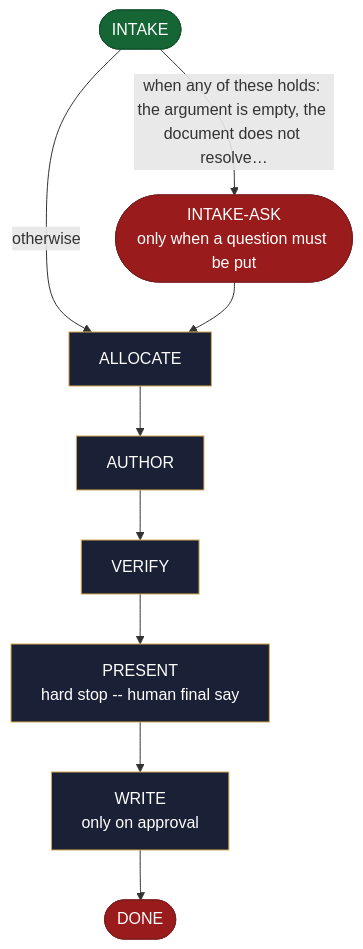
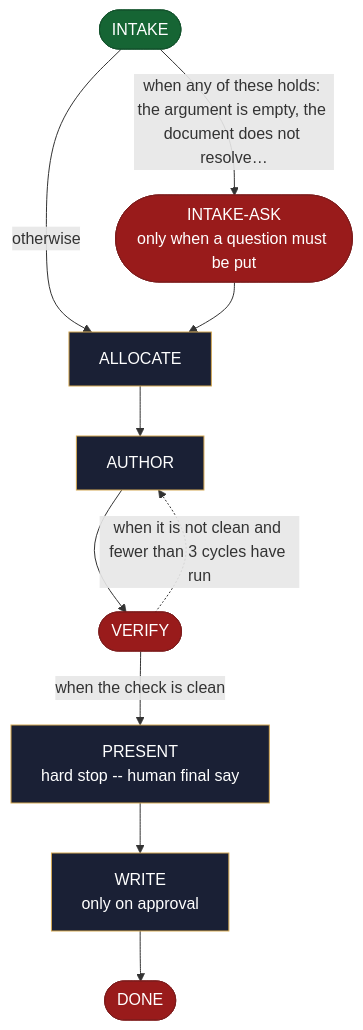
The diagram in site/src/content/docs/skills/aid-update-document.md (AndreVianna/aid-methodology), drawn with Mermaid before and after one commit. The commit also changed other lines of this file and 258 other files, not shown here.

````diff
--- a/site/src/content/docs/skills/aid-update-document.md
+++ b/site/src/content/docs/skills/aid-update-document.md
@@ -20,41 +20,42 @@
 ```mermaid
 flowchart TB
   classDef aidNode color:#fff
   classDef aidEntry fill:#166534,stroke:#14532d,color:#fff
   classDef aidExit fill:#991b1b,stroke:#7f1d1d,color:#fff
   classDef aidDecision fill:#92400e,stroke:#78350f,color:#fff
   classDef aidLoopBack fill:#1e3a8a,stroke:#1e3a8a,color:#fff
   classDef aidStep fill:#1a2035,stroke:#d4a853,color:#f1f5f9
   n1(["INTAKE"])
   n2(["INTAKE-ASK<br/>only when a question must be put"])
   n3["ALLOCATE"]
   n4["AUTHOR"]
-  n5["VERIFY"]
+  n5(["VERIFY"])
   n6["PRESENT<br/>hard stop -- human final say"]
   n7["WRITE<br/>only on approval"]
   n8(["DONE"])
   n1 -->|"when any of these holds: the argument is empty, the document does not resolve…"| n2
   n1 -->|"otherwise"| n3
   n2 --> n3
   n3 --> n4
   n4 --> n5
-  n5 --> n6
+  n5 -. "when it is not clean and fewer than 3 cycles have run" .-> n4
+  n5 -->|"when the check is clean"| n6
   n6 --> n7
   n7 --> n8
   class n1 aidEntry
   class n2 aidExit
   class n3 aidStep
   class n4 aidStep
-  class n5 aidStep
+  class n5 aidExit
   class n6 aidStep
   class n7 aidStep
   class n8 aidExit
   class n1 aidNode
   class n2 aidNode
   class n3 aidNode
   class n4 aidNode
   class n5 aidNode
   class n6 aidNode
   class n7 aidNode
   class n8 aidNode
 ```
````
